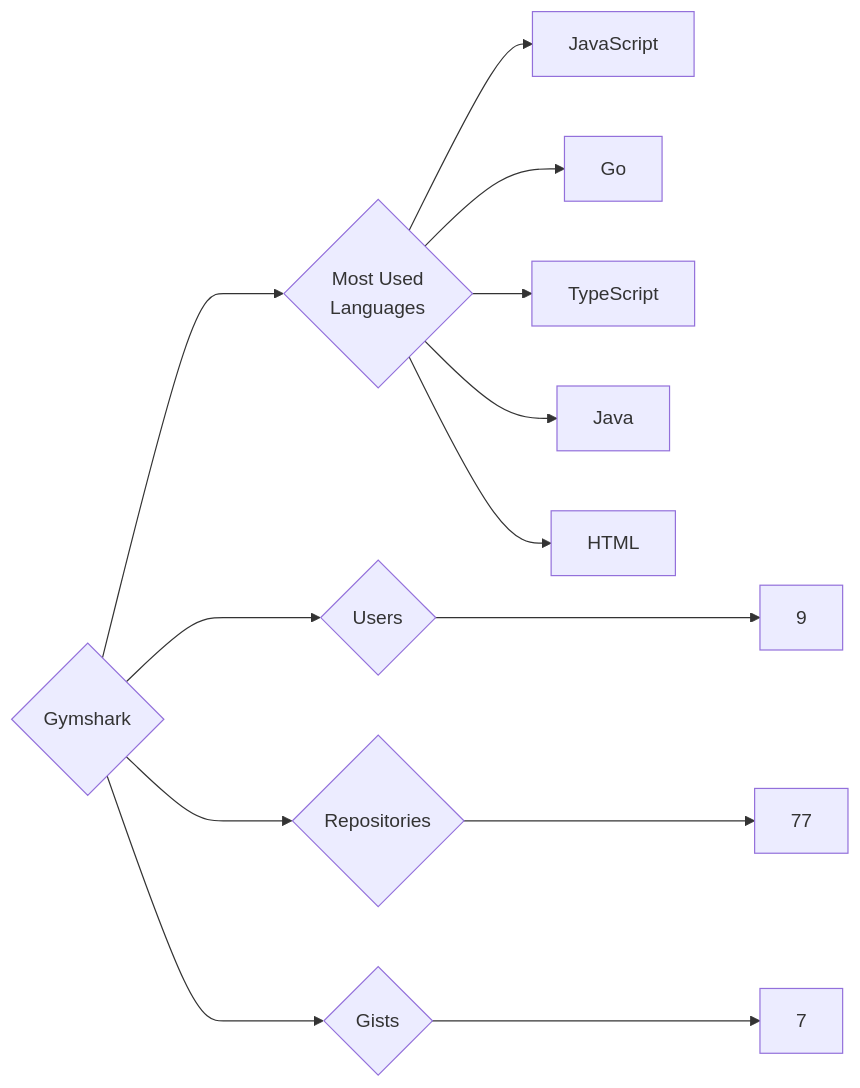
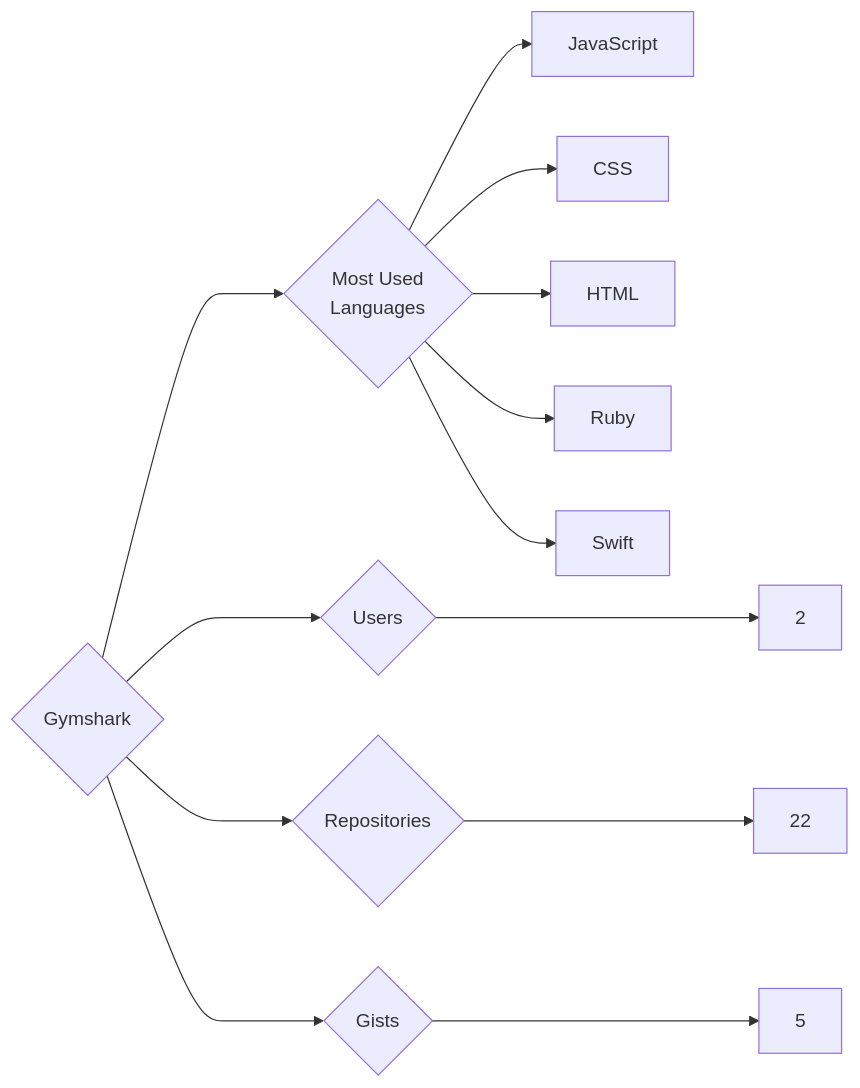
One commit to trickest/insiders changed the diagram in targets/Gymshark/README.md. Above: the diagram before and after it, drawn with Mermaid. The commit also changed 847 other files, not shown here.

````diff
--- a/targets/Gymshark/README.md
+++ b/targets/Gymshark/README.md
@@ -3,13 +3,13 @@
 ```mermaid
 graph LR
 COMPANY_NAME{Gymshark}
-COMPANY_NAME ---> U{Users} ---> UN[9]
-COMPANY_NAME ---> R{Repositories} ---> RN[77]
-COMPANY_NAME ---> G{Gists} ---> GN[7]
+COMPANY_NAME ---> U{Users} ---> UN[2]
+COMPANY_NAME ---> R{Repositories} ---> RN[22]
+COMPANY_NAME ---> G{Gists} ---> GN[5]
 COMPANY_NAME ---> ML{Most Used<br>Languages}
 ML --> JavaScript[JavaScript]
-ML --> Go[Go]
-ML --> TypeScript[TypeScript]
-ML --> Java[Java]
+ML --> CSS[CSS]
 ML --> HTML[HTML]
+ML --> Ruby[Ruby]
+ML --> Swift[Swift]
 ```
````
